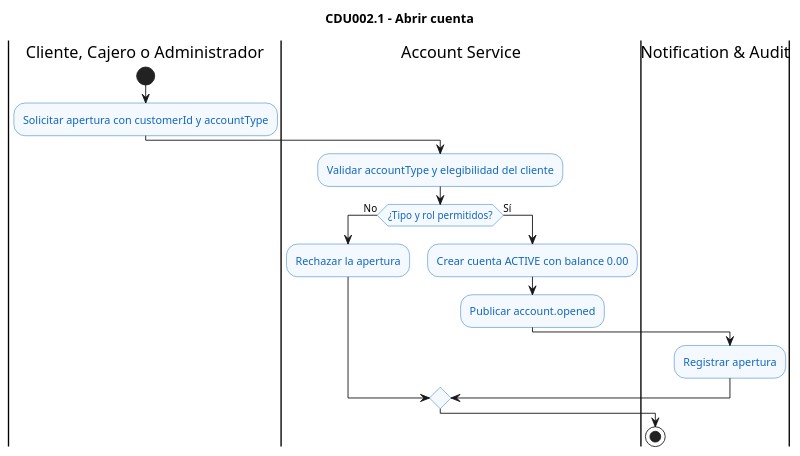
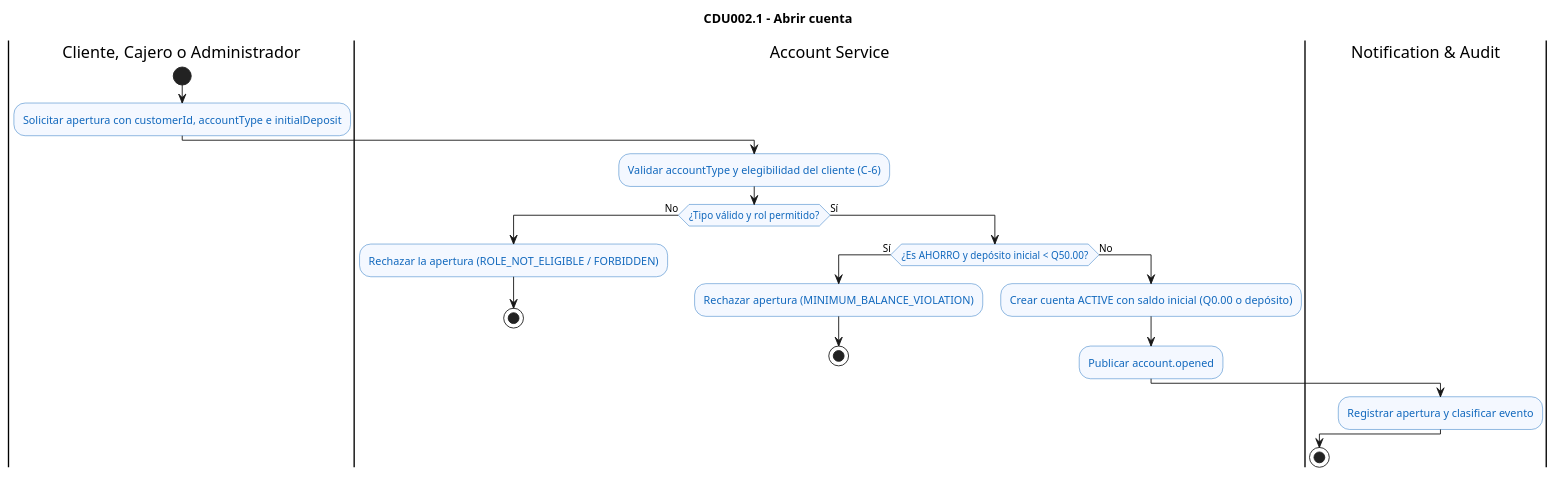
Before and after one commit to marcosbondel/Proyecto-SA-B-2: the diagram in docs/architecture/diagrams/cdu/account/flujos/CDU002.1-abrir-cuenta.puml, drawn with PlantUML. The commit also changed 18 other files, not shown here.

Commit message:
docs: add architecture and use case diagrams in PlantUML and PNG formats

```diff
--- a/docs/architecture/diagrams/cdu/account/flujos/CDU002.1-abrir-cuenta.puml
+++ b/docs/architecture/diagrams/cdu/account/flujos/CDU002.1-abrir-cuenta.puml
@@ -1,25 +1,31 @@
 @startuml CDU002.1-abrir-cuenta
 title CDU002.1 - Abrir cuenta
 
 skinparam shadowing false
 skinparam activity {
     BackgroundColor #F4F8FF
     BorderColor #1168BD
     FontColor #1168BD
 }
 
 |Cliente, Cajero o Administrador|
 start
-:Solicitar apertura con customerId y accountType;
+:Solicitar apertura con customerId, accountType e initialDeposit;
 |Account Service|
-:Validar accountType y elegibilidad del cliente;
-if (¿Tipo y rol permitidos?) then (No)
-    :Rechazar la apertura;
+:Validar accountType y elegibilidad del cliente (C-6);
+if (¿Tipo válido y rol permitido?) then (No)
+    :Rechazar la apertura (ROLE_NOT_ELIGIBLE / FORBIDDEN);
+    stop
 else (Sí)
-    :Crear cuenta ACTIVE con balance 0.00;
-    :Publicar account.opened;
-    |Notification & Audit|
-    :Registrar apertura;
+    if (¿Es AHORRO y depósito inicial < Q50.00?) then (Sí)
+        :Rechazar apertura (MINIMUM_BALANCE_VIOLATION);
+        stop
+    else (No)
+        :Crear cuenta ACTIVE con saldo inicial (Q0.00 o depósito);
+        :Publicar account.opened;
+        |Notification & Audit|
+        :Registrar apertura y clasificar evento;
+    endif
 endif
 stop
 @enduml
```
